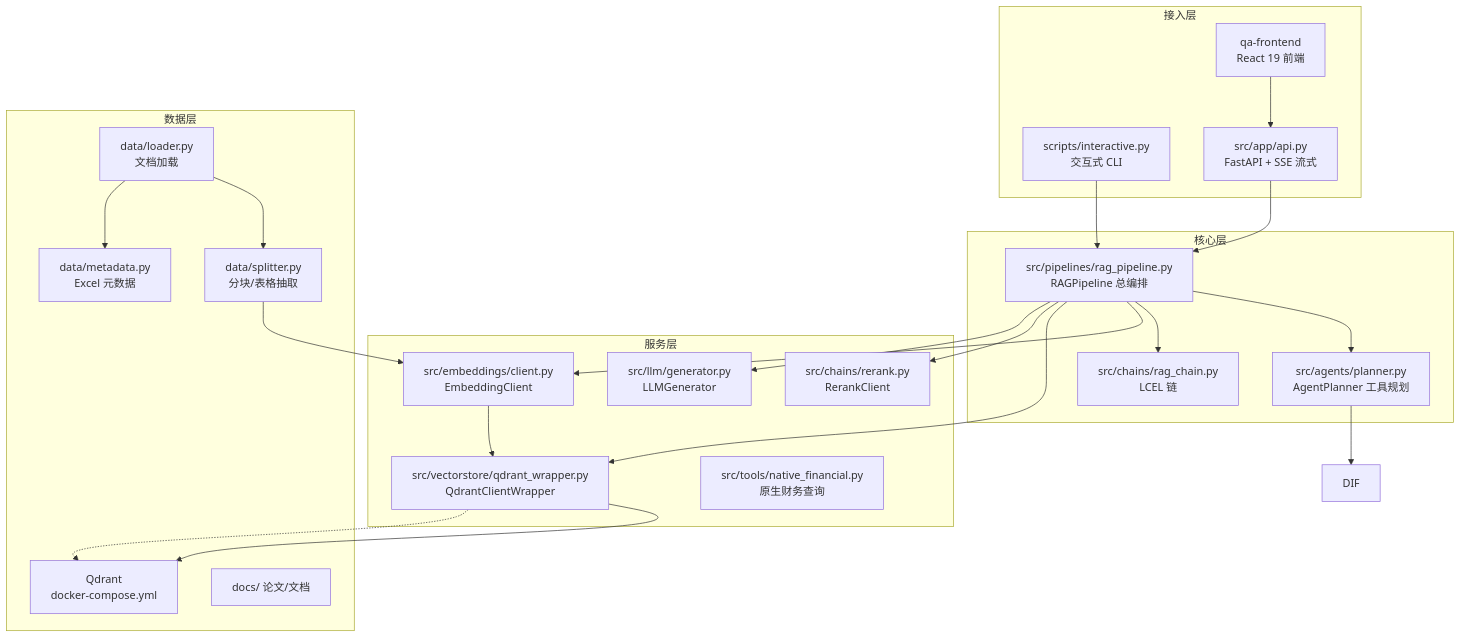
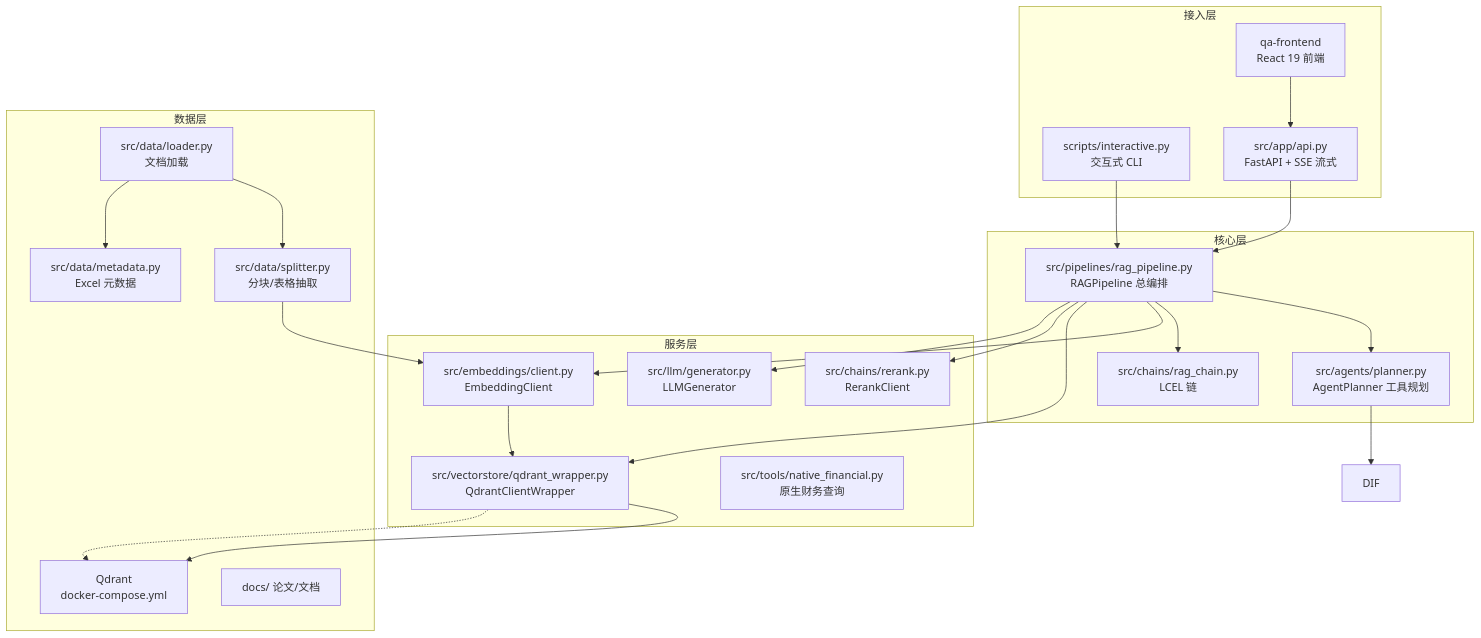
Before and after one commit to autumnieave/smart-financial-qa: the first of 4 diagrams in docs/ARCHITECTURE.md, drawn with Mermaid. The commit also changed other lines of this file and 5 other files, not shown here.

First line of the commit message:
docs: `data/` 路径引用补 src/ 前缀（data 已随 ⑤ 收口迁入 src/）

````diff
--- a/docs/ARCHITECTURE.md
+++ b/docs/ARCHITECTURE.md
@@ -12,44 +12,44 @@
 ```mermaid
 flowchart TD
     subgraph UI["接入层"]
         CLI["scripts/interactive.py<br/>交互式 CLI"]
         API["src/app/api.py<br/>FastAPI + SSE 流式"]
         WEB["qa-frontend<br/>React 19 前端"]
     end
 
     subgraph CORE["核心层"]
         PIP["src/pipelines/rag_pipeline.py<br/>RAGPipeline 总编排"]
         AG["src/agents/planner.py<br/>AgentPlanner 工具规划"]
         CH["src/chains/rag_chain.py<br/>LCEL 链"]
     end
 
     subgraph SVC["服务层"]
         EMB["src/embeddings/client.py<br/>EmbeddingClient"]
         VS["src/vectorstore/qdrant_wrapper.py<br/>QdrantClientWrapper"]
         RR["src/chains/rerank.py<br/>RerankClient"]
         LLM["src/llm/generator.py<br/>LLMGenerator"]
         FIN["src/tools/native_financial.py<br/>原生财务查询"]
     end
 
     subgraph DATA["数据层"]
-        LD["data/loader.py<br/>文档加载"]
-        SP["data/splitter.py<br/>分块/表格抽取"]
-        MD["data/metadata.py<br/>Excel 元数据"]
+        LD["src/data/loader.py<br/>文档加载"]
+        SP["src/data/splitter.py<br/>分块/表格抽取"]
+        MD["src/data/metadata.py<br/>Excel 元数据"]
         QD["Qdrant<br/>docker-compose.yml"]
         DOCS["docs/ 论文/文档"]
     end
 
     CLI --> PIP
     API --> PIP
     WEB --> API
     PIP --> AG
     PIP --> CH
     PIP --> EMB
     PIP --> VS
     PIP --> RR
     PIP --> LLM
     AG --> DIF
     LD --> SP --> EMB --> VS --> QD
     LD --> MD
     VS -.-> QD
 ```
````
